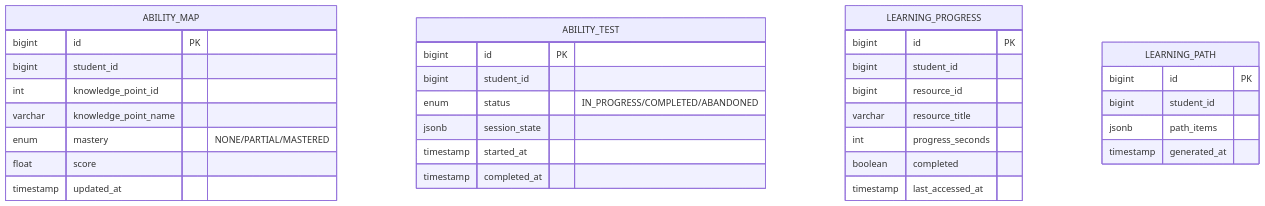
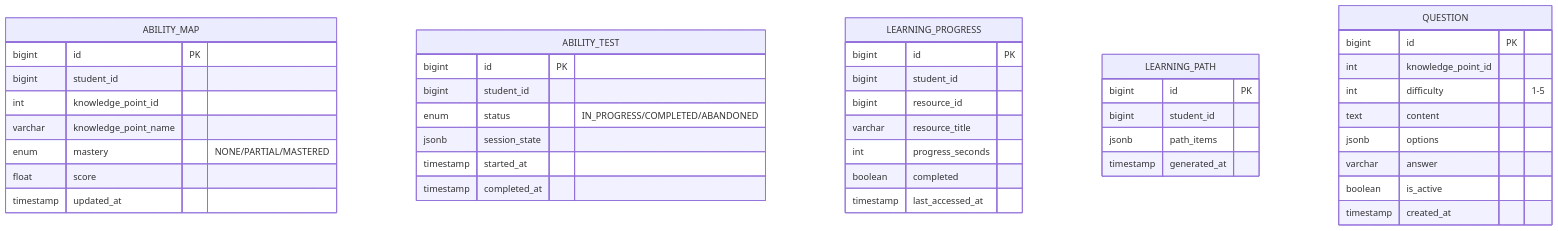
The fifth of 22 diagrams in docs/design/SDD-CloudTeachingAI.md (xice-1201/CloudTeachingAI), drawn with Mermaid before and after one commit. The commit also changed other lines of this file, not shown here.

````diff
--- a/docs/design/SDD-CloudTeachingAI.md
+++ b/docs/design/SDD-CloudTeachingAI.md
@@ -455,35 +472,45 @@
 ```mermaid
 erDiagram
     ABILITY_MAP {
         bigint id PK
         bigint student_id
         int knowledge_point_id
         varchar knowledge_point_name
         enum mastery "NONE/PARTIAL/MASTERED"
         float score
         timestamp updated_at
     }
     ABILITY_TEST {
         bigint id PK
         bigint student_id
         enum status "IN_PROGRESS/COMPLETED/ABANDONED"
         jsonb session_state
         timestamp started_at
         timestamp completed_at
     }
     LEARNING_PROGRESS {
         bigint id PK
         bigint student_id
         bigint resource_id
         varchar resource_title
         int progress_seconds
         boolean completed
         timestamp last_accessed_at
     }
     LEARNING_PATH {
         bigint id PK
         bigint student_id
         jsonb path_items
         timestamp generated_at
     }
+    QUESTION {
+        bigint id PK
+        int knowledge_point_id
+        int difficulty "1-5"
+        text content
+        jsonb options
+        varchar answer
+        boolean is_active
+        timestamp created_at
+    }
 ```
````
